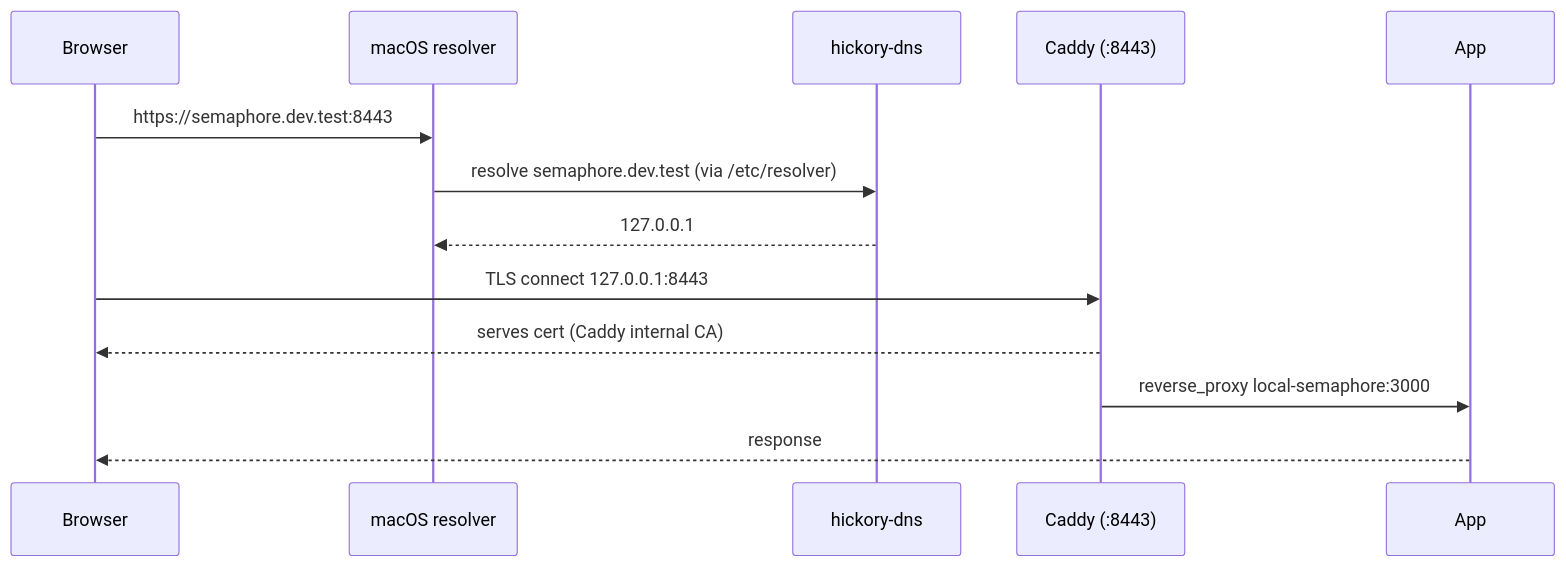
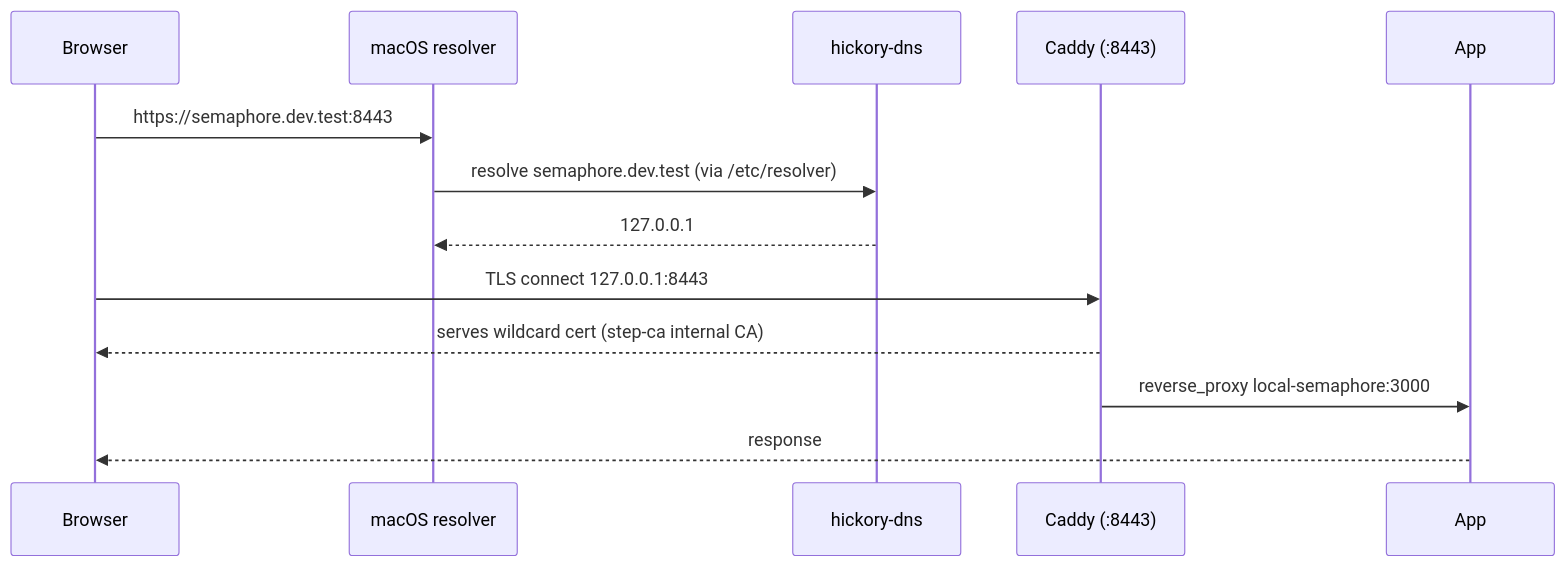
The second of 3 diagrams in LOCAL-DEV-README.md (uhstray-io/agent-cloud), drawn with Mermaid before and after one commit. The commit also changed other lines of this file, not shown here.

````diff
--- a/LOCAL-DEV-README.md
+++ b/LOCAL-DEV-README.md
@@ -109,15 +109,15 @@
 ```mermaid
 sequenceDiagram
     participant B as Browser
     participant R as macOS resolver
     participant H as hickory-dns
     participant C as Caddy (:8443)
     participant A as App
     B->>R: https://semaphore.dev.test:8443
     R->>H: resolve semaphore.dev.test (via /etc/resolver)
     H-->>R: 127.0.0.1
     B->>C: TLS connect 127.0.0.1:8443
-    C-->>B: serves cert (Caddy internal CA)
+    C-->>B: serves wildcard cert (step-ca internal CA)
     C->>A: reverse_proxy local-semaphore:3000
     A-->>B: response
 ```
````
